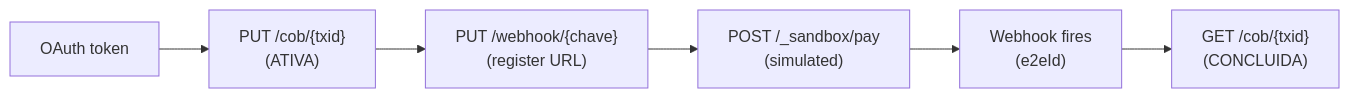
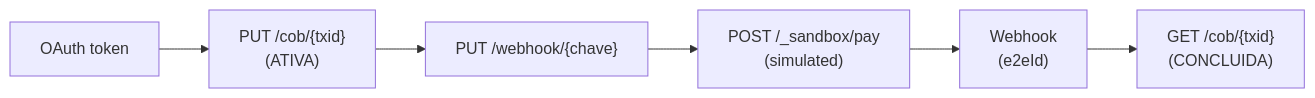
Before and after one commit to L-G99921/tw-portfolio: the diagram in docs/pix/tutorial-first-payment.md, drawn with Mermaid. The commit also changed other lines of this file and 47 other files, not shown here.

````diff
--- a/docs/pix/tutorial-first-payment.md
+++ b/docs/pix/tutorial-first-payment.md
@@ -280,8 +287,8 @@
 ```mermaid
 flowchart LR
     OAuth[OAuth token] --> Charge["PUT /cob/{txid}<br/>(ATIVA)"]
-    Charge --> Webhook["PUT /webhook/{chave}<br/>(register URL)"]
+    Charge --> Webhook["PUT /webhook/{chave}"]
     Webhook --> Pay["POST /_sandbox/pay<br/>(simulated)"]
-    Pay --> Notify["Webhook fires<br/>(e2eId)"]
+    Pay --> Notify["Webhook<br/>(e2eId)"]
     Notify --> Reconcile["GET /cob/{txid}<br/>(CONCLUIDA)"]
 ```
````
